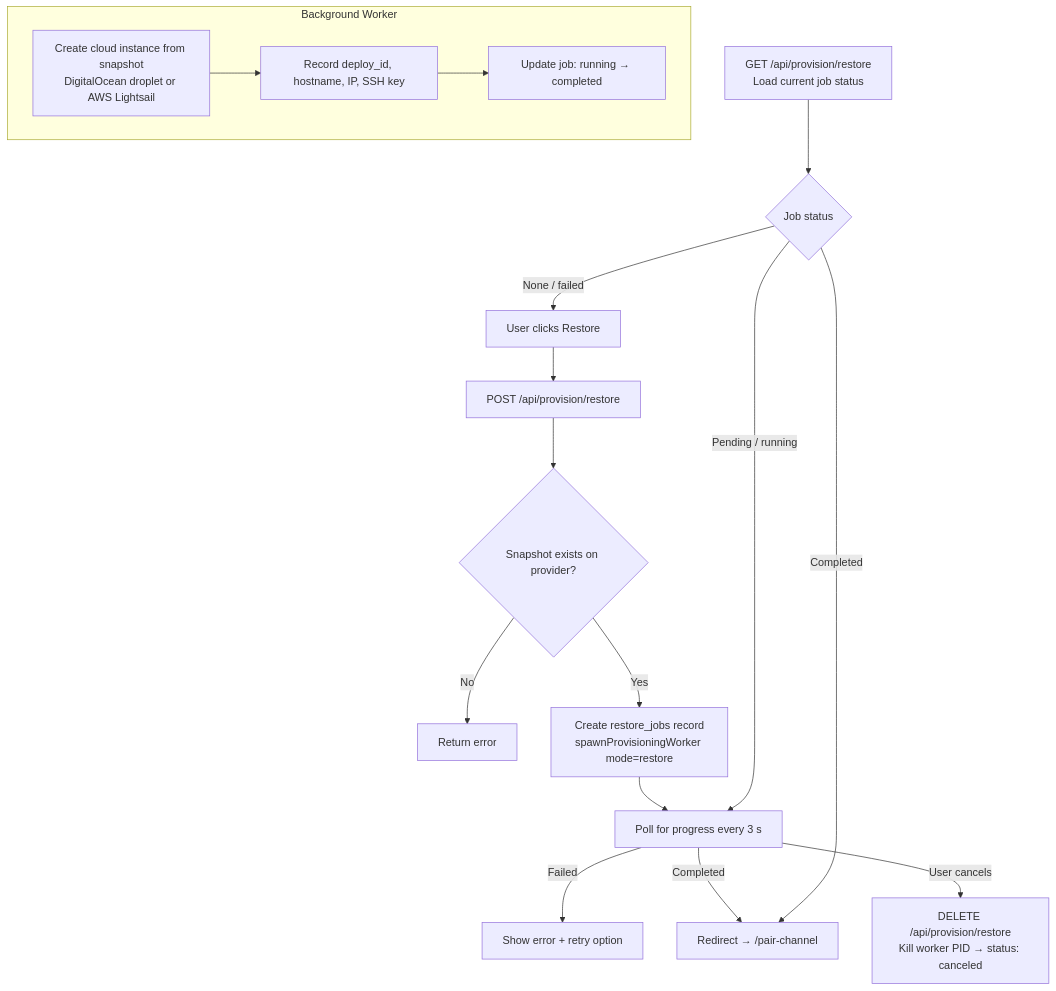
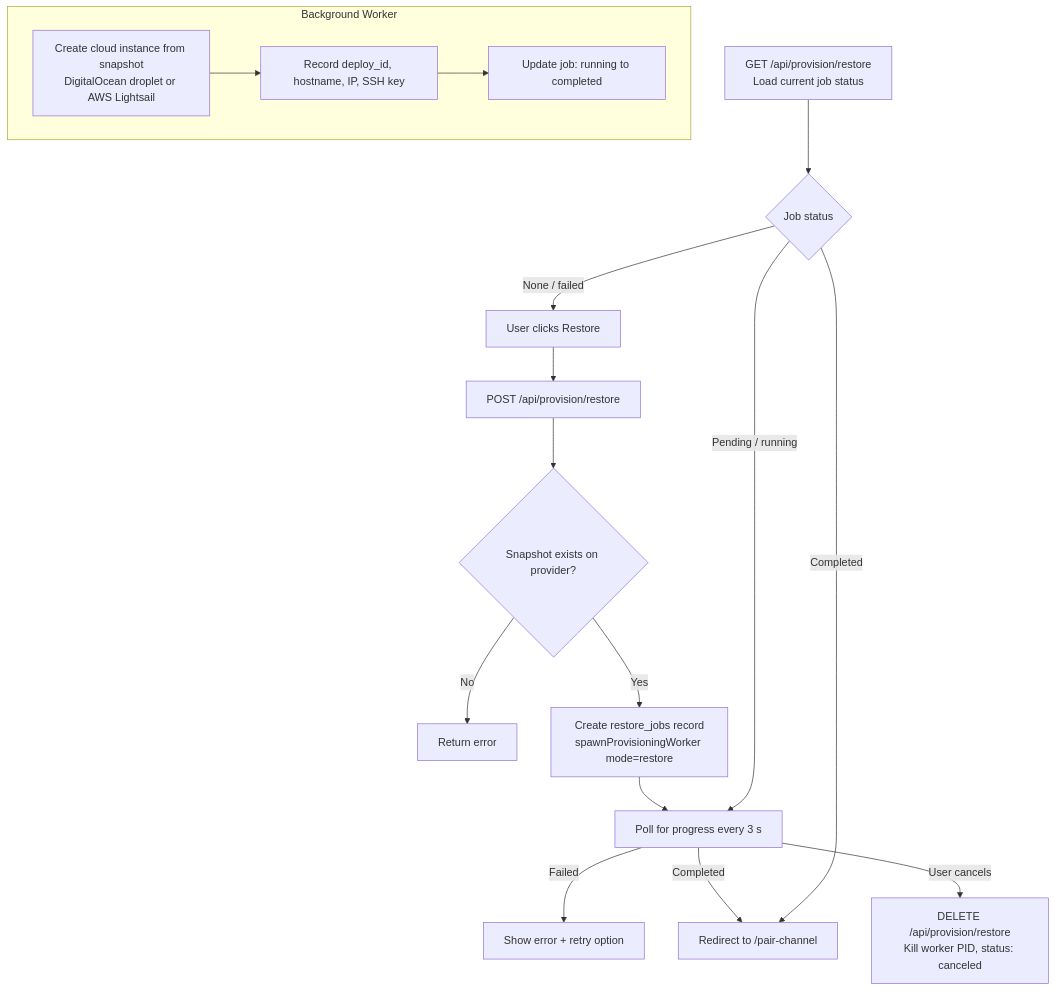
One commit to kenken64/newsclaw changed the fourth of 7 diagrams in FLOWCHART.md. Above: the diagram before and after it, drawn with Mermaid. The commit also changed other lines of this file, not shown here.

First line of the commit message:
Fix Mermaid syntax errors in FLOWCHART.md

````diff
--- a/FLOWCHART.md
+++ b/FLOWCHART.md
@@ -75,22 +75,22 @@
 ```mermaid
 flowchart TD
-    B1[GET /api/provision/restore\nLoad current job status] --> B2{Job status}
+    B1["GET /api/provision/restore\nLoad current job status"] --> B2{Job status}
     B2 -- None / failed --> B3[User clicks Restore]
     B2 -- Pending / running --> B4[Poll for progress every 3 s]
-    B2 -- Completed --> B5[Redirect → /pair-channel]
+    B2 -- Completed --> B5["Redirect to /pair-channel"]
 
     B3 --> B6[POST /api/provision/restore]
     B6 --> B7{Snapshot exists on provider?}
     B7 -- No --> B8[Return error]
-    B7 -- Yes --> B9[Create restore_jobs record\nspawnProvisioningWorker mode=restore]
+    B7 -- Yes --> B9["Create restore_jobs record\nspawnProvisioningWorker mode=restore"]
     B9 --> B4
 
     subgraph Background Worker
-        W1[Create cloud instance from snapshot\nDigitalOcean droplet or AWS Lightsail] --> W2[Record deploy_id, hostname, IP, SSH key]
-        W2 --> W3[Update job: running → completed]
+        W1["Create cloud instance from snapshot\nDigitalOcean droplet or AWS Lightsail"] --> W2["Record deploy_id, hostname, IP, SSH key"]
+        W2 --> W3["Update job: running to completed"]
     end
 
     B4 -- Completed --> B5
     B4 -- Failed --> B10[Show error + retry option]
-    B4 -- User cancels --> B11[DELETE /api/provision/restore\nKill worker PID → status: canceled]
+    B4 -- User cancels --> B11["DELETE /api/provision/restore\nKill worker PID, status: canceled"]
 ```
````
